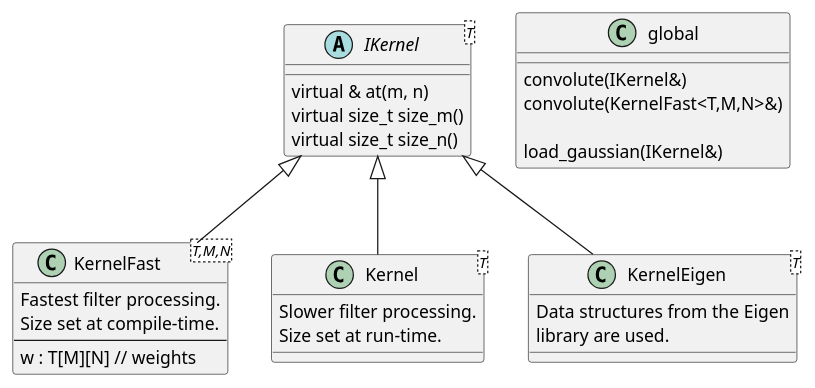
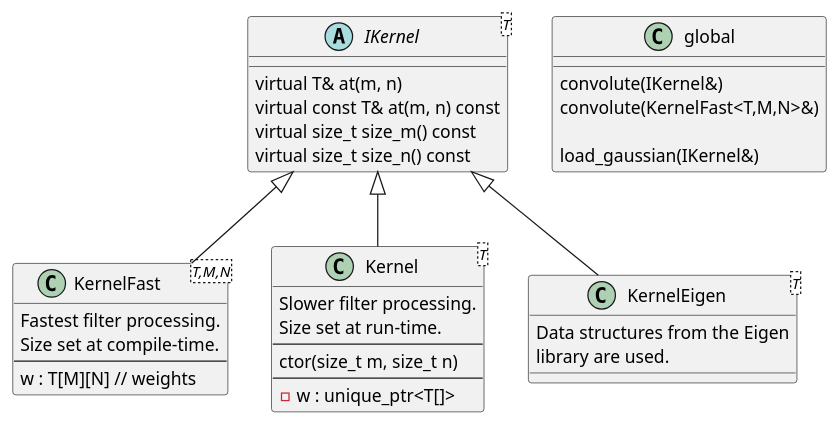
The diagram in doc/design/diagram/kernel_class_hierarchy.puml (ibpaul/workshop), drawn with PlantUML before and after one commit. The commit also changed 8 other files, not shown here.

```diff
--- a/doc/design/diagram/kernel_class_hierarchy.puml
+++ b/doc/design/diagram/kernel_class_hierarchy.puml
@@ -1,40 +1,45 @@
 @startuml
 
 abstract IKernel<T> {
-    virtual & at(m, n)
-    virtual size_t size_m()
-    virtual size_t size_n()
+    virtual T& at(m, n)
+    virtual const T& at(m, n) const
+    virtual size_t size_m() const
+    virtual size_t size_n() const
 }
 
 class KernelFast<T,M,N> {
     Fastest filter processing.
     Size set at compile-time.
     ---
     {field} w : T[M][N] // weights
 }
 
 class Kernel<T> {
     Slower filter processing.
     Size set at run-time.
+    ---
+    ctor(size_t m, size_t n)
+    ---
+    - w : unique_ptr<T[]>
 }
 
 class KernelEigen<T> {
     Data structures from the Eigen
     library are used.
 }
 
 IKernel <|-- KernelFast
 IKernel <|-- Kernel
 IKernel <|-- KernelEigen
 
 
 class global {
     convolute(IKernel&)
     convolute(KernelFast<T,M,N>&)
 
     load_gaussian(IKernel&)
 }
 
 
 
 @enduml
```
